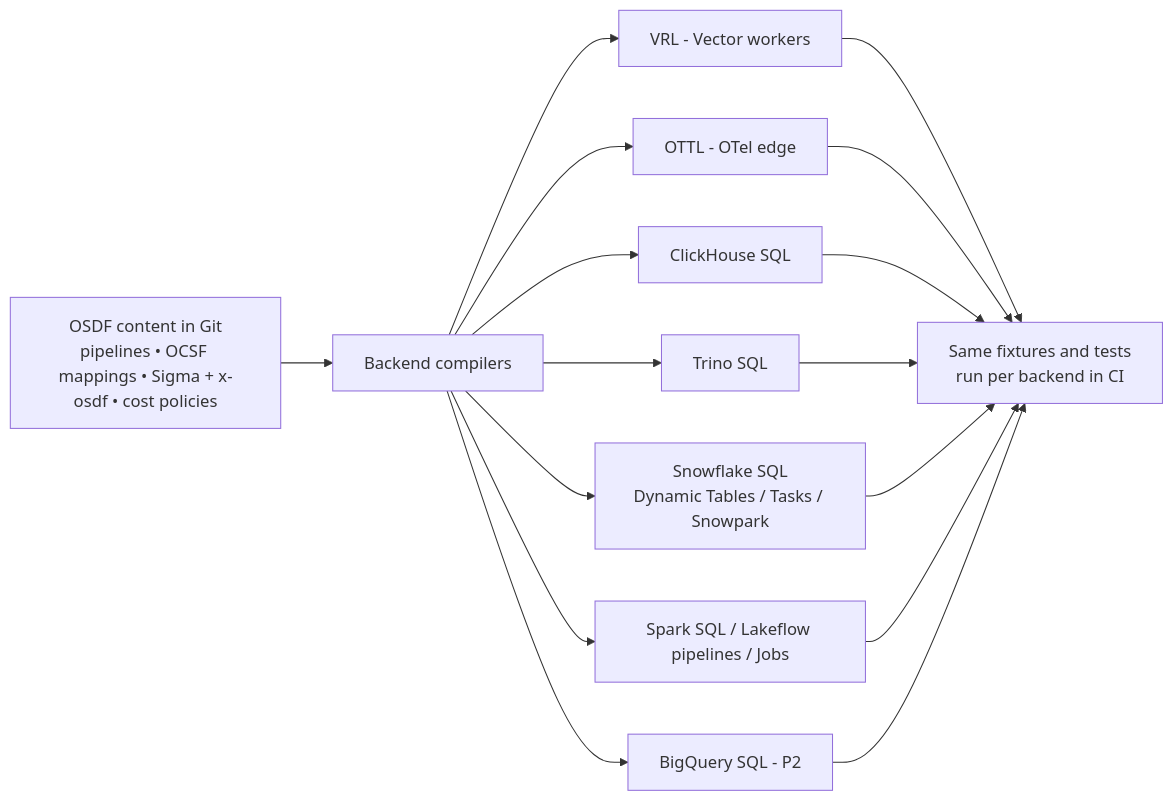
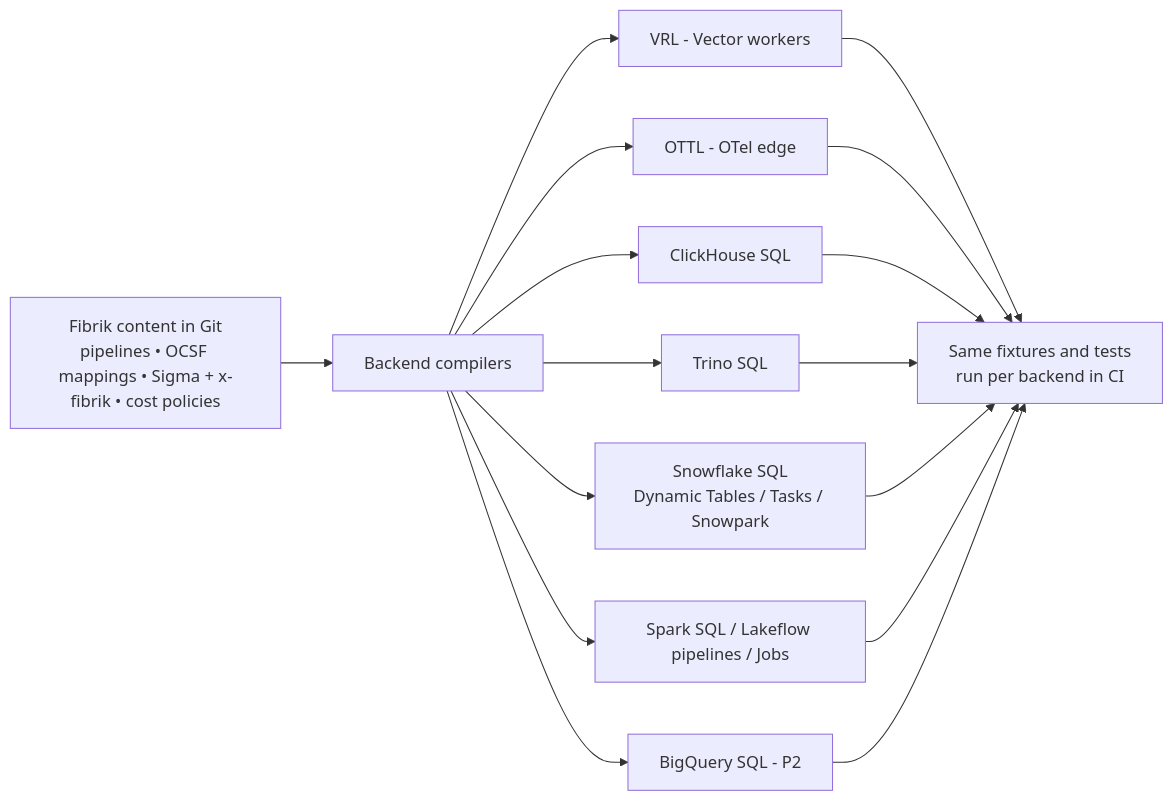
The second of 2 diagrams in saas-byoc-and-compute-offload.md (SClinton/fibrik), drawn with Mermaid before and after one commit. The commit also changed other lines of this file and 9 other files, not shown here.

First line of the commit message:
Rename project from OSDF to Fibrik

````diff
--- a/saas-byoc-and-compute-offload.md
+++ b/saas-byoc-and-compute-offload.md
@@ -237,12 +237,12 @@
 ```mermaid
 flowchart LR
-  C[OSDF content in Git<br/>pipelines • OCSF mappings • Sigma + x-osdf • cost policies] --> CMP[Backend compilers]
+  C[Fibrik content in Git<br/>pipelines • OCSF mappings • Sigma + x-fibrik • cost policies] --> CMP[Backend compilers]
   CMP --> V[VRL - Vector workers]
   CMP --> O[OTTL - OTel edge]
   CMP --> CHS[ClickHouse SQL]
   CMP --> TS[Trino SQL]
   CMP --> SF[Snowflake SQL<br/>Dynamic Tables / Tasks / Snowpark]
   CMP --> DB[Spark SQL / Lakeflow pipelines / Jobs]
   CMP --> BQ[BigQuery SQL - P2]
   V & O & CHS & TS & SF & DB & BQ --> T[Same fixtures and tests<br/>run per backend in CI]
 ```
````
